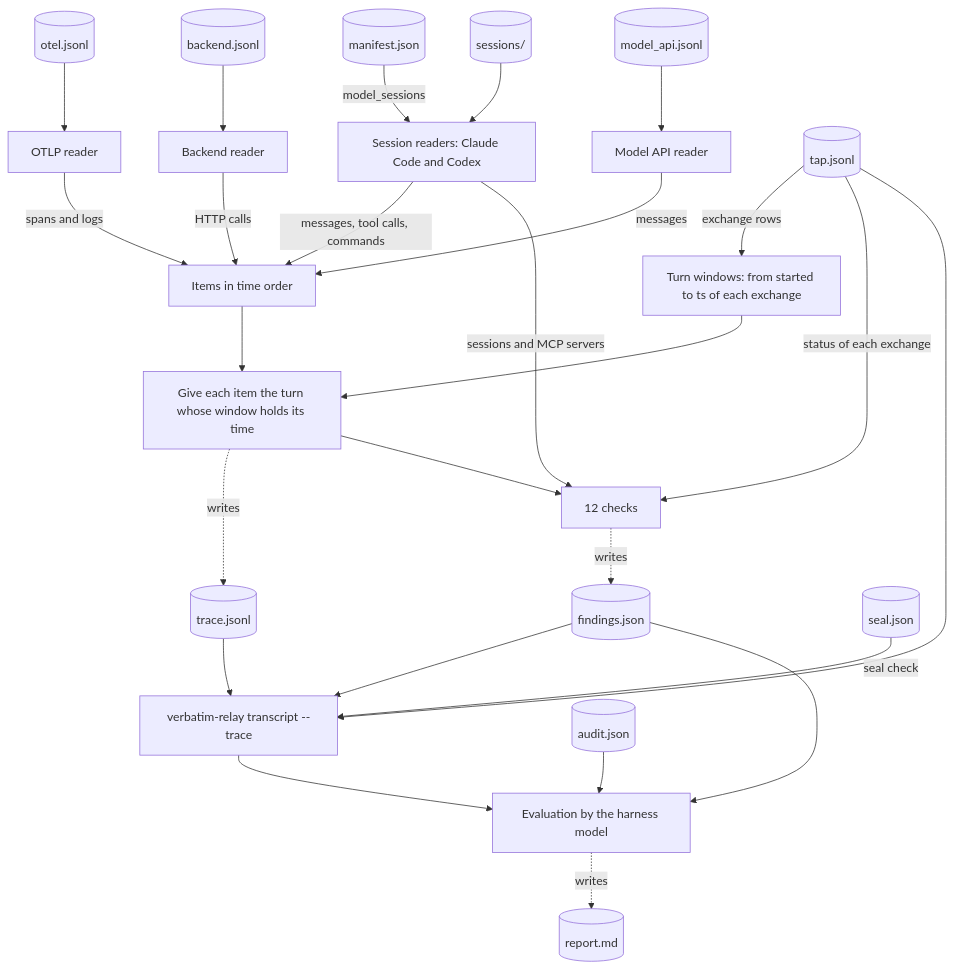
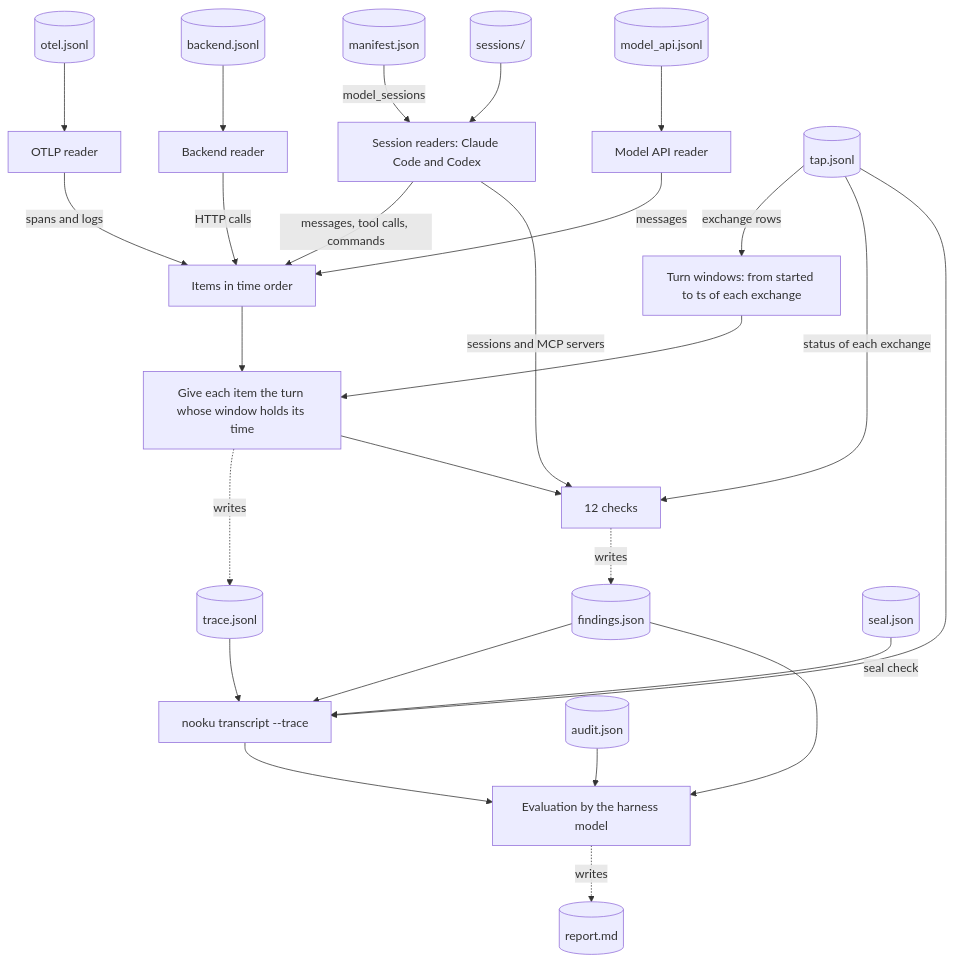
The fourth of 4 diagrams in docs/architecture.md (mohanraj00/nookku), drawn with Mermaid before and after one commit. The commit also changed other lines of this file and 119 other files, not shown here.

First line of the commit message:
Rename verbatim-relay to Nooku (#207)

````diff
--- a/docs/architecture.md
+++ b/docs/architecture.md
@@ -205,28 +205,28 @@
 ```mermaid
 flowchart TB
     manifestrec[(manifest.json)] -->|model_sessions| sreaders[Session readers: Claude Code and Codex]
     sessions[(sessions/)] --> sreaders
     otelrec[(otel.jsonl)] --> oreader[OTLP reader]
     backendrec[(backend.jsonl)] --> breader[Backend reader]
     modelrec[(model_api.jsonl)] --> mreader[Model API reader]
     sreaders -->|messages, tool calls, commands| items[Items in time order]
     oreader -->|spans and logs| items
     breader -->|HTTP calls| items
     mreader -->|messages| items
     taprec[(tap.jsonl)] -->|exchange rows| windows[Turn windows: from started to ts of each exchange]
     items --> assign[Give each item the turn whose window holds its time]
     windows --> assign
     assign -.->|writes| tracerec[(trace.jsonl)]
     assign --> checks[12 checks]
     sreaders -->|sessions and MCP servers| checks
     taprec -->|status of each exchange| checks
     checks -.->|writes| findingsrec[(findings.json)]
-    taprec --> transcript[verbatim-relay transcript --trace]
+    taprec --> transcript[nooku transcript --trace]
     tracerec --> transcript
     findingsrec --> transcript
     sealrec[(seal.json)] -->|seal check| transcript
     transcript --> eval[Evaluation by the harness model]
     findingsrec --> eval
     auditrec[(audit.json)] --> eval
     eval -.->|writes| report[(report.md)]
 ```
````
